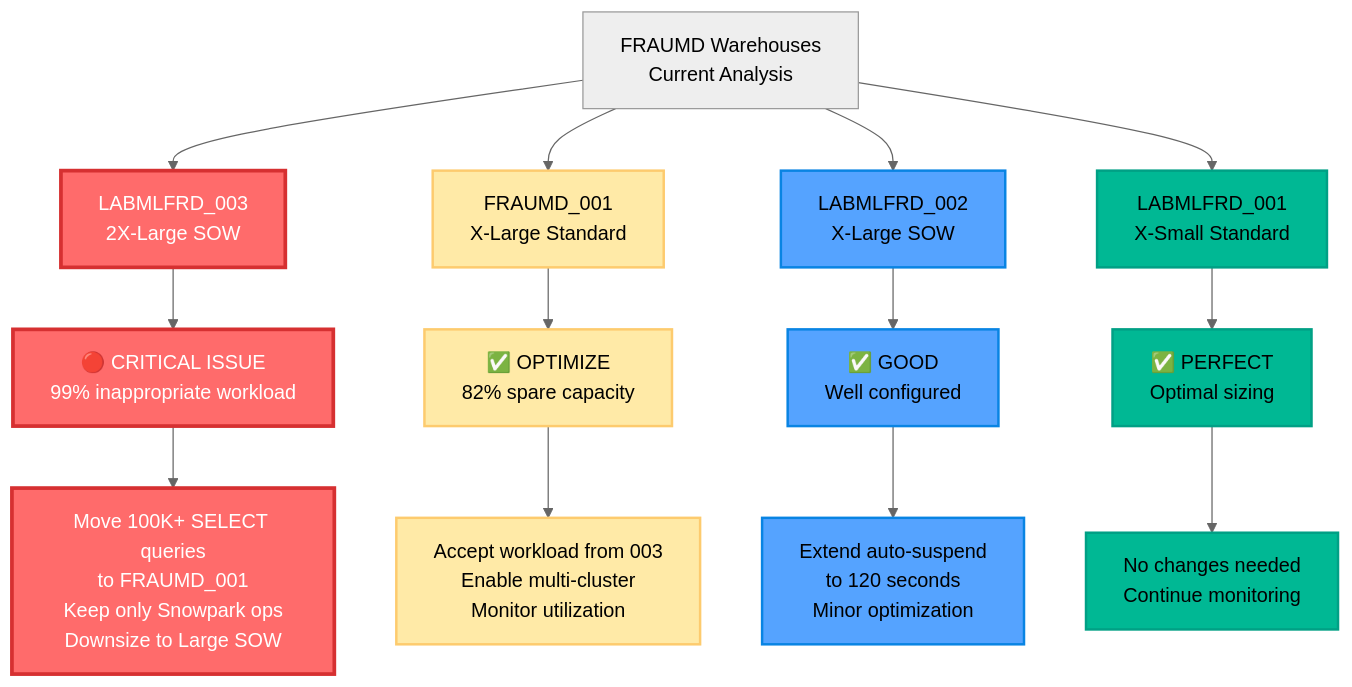
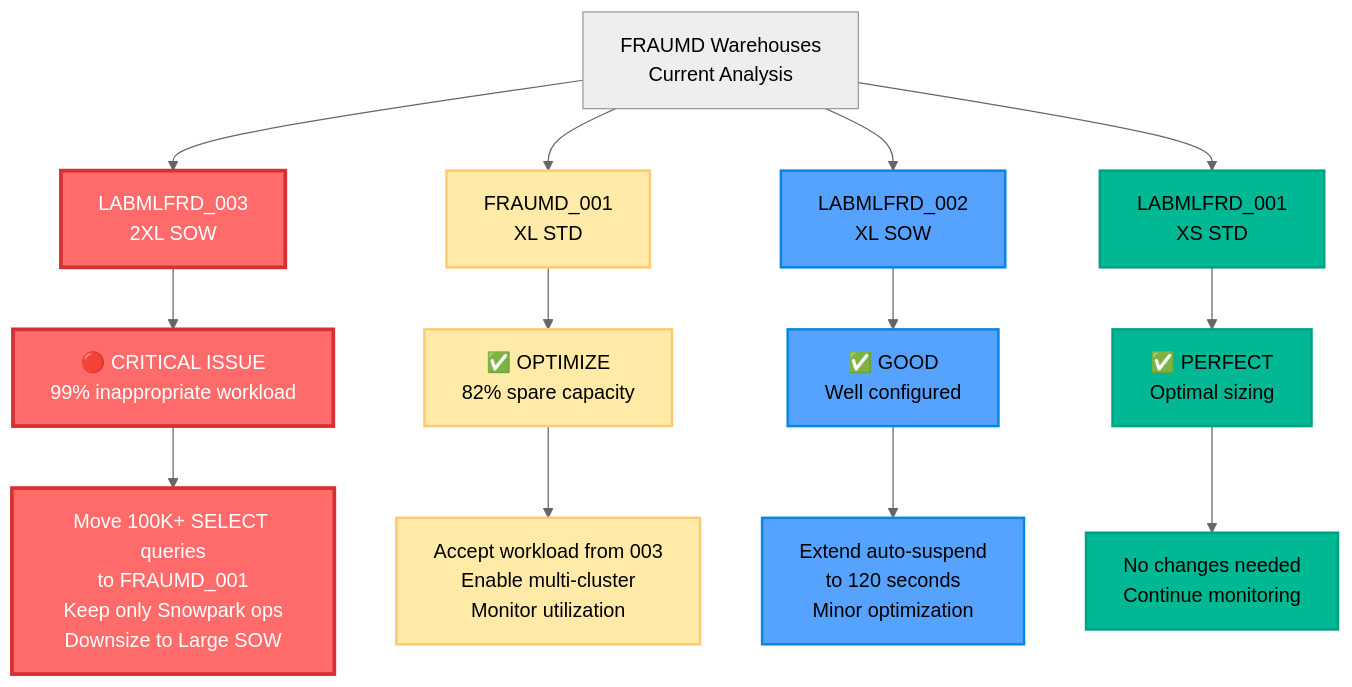
The third of 3 diagrams in WH Analysis/Warehouse_Selection_Decision_Tree.md (sfc-gh-mhindi/REPO_CBA), drawn with Mermaid (neutral theme) before and after one commit. The commit also changed 1 other file, not shown here.

Commit message:
Updated warehouse labeling to shortened format
- LABMLFRD_003 (SNOWPARK-OPTIMIZED) → LABMLFRD_003 (2XL SOW)
- FRAUMD_001 (STANDARD) → FRAUMD_001 (XL STD)
- LABMLFRD_002 (SNOWPARK-OPTIMIZED) → LABMLFRD_002 (XL SOW)
- LABMLFRD_001 (STANDARD) → LABMLFRD_001 (XS STD)

Applied consistently across all sections: tables, diagrams, recommendations, appendix, and decision trees

````diff
--- a/WH Analysis/Warehouse_Selection_Decision_Tree.md
+++ b/WH Analysis/Warehouse_Selection_Decision_Tree.md
@@ -102,27 +102,27 @@
 ```mermaid
 flowchart TD
-    FRAUMD[FRAUMD Warehouses<br/>Current Analysis] --> WH1[LABMLFRD_003<br/>2X-Large SOW]
-    FRAUMD --> WH2[FRAUMD_001<br/>X-Large Standard]
-    FRAUMD --> WH3[LABMLFRD_002<br/>X-Large SOW]
-    FRAUMD --> WH4[LABMLFRD_001<br/>X-Small Standard]
+    FRAUMD[FRAUMD Warehouses<br/>Current Analysis] --> WH1[LABMLFRD_003<br/>2XL SOW]
+    FRAUMD --> WH2[FRAUMD_001<br/>XL STD]
+    FRAUMD --> WH3[LABMLFRD_002<br/>XL SOW]
+    FRAUMD --> WH4[LABMLFRD_001<br/>XS STD]
     
     WH1 --> Critical[🔴 CRITICAL ISSUE<br/>99% inappropriate workload]
     WH2 --> Optimize[✅ OPTIMIZE<br/>82% spare capacity]
     WH3 --> Good[✅ GOOD<br/>Well configured]
     WH4 --> Perfect[✅ PERFECT<br/>Optimal sizing]
     
     Critical --> Action1[Move 100K+ SELECT queries<br/>to FRAUMD_001<br/>Keep only Snowpark ops<br/>Downsize to Large SOW]
     Optimize --> Action2[Accept workload from 003<br/>Enable multi-cluster<br/>Monitor utilization]
     Good --> Action3[Extend auto-suspend<br/>to 120 seconds<br/>Minor optimization]
     Perfect --> Action4[No changes needed<br/>Continue monitoring]
     
     classDef criticalNode fill:#ff6b6b,stroke:#d63031,stroke-width:3px,color:#fff
     classDef optimizeNode fill:#ffeaa7,stroke:#fdcb6e,stroke-width:2px
     classDef goodNode fill:#55a3ff,stroke:#0984e3,stroke-width:2px
     classDef perfectNode fill:#00b894,stroke:#00a085,stroke-width:2px
     
     class WH1,Critical,Action1 criticalNode
     class WH2,Optimize,Action2 optimizeNode
     class WH3,Good,Action3 goodNode
     class WH4,Perfect,Action4 perfectNode
 ```
````
